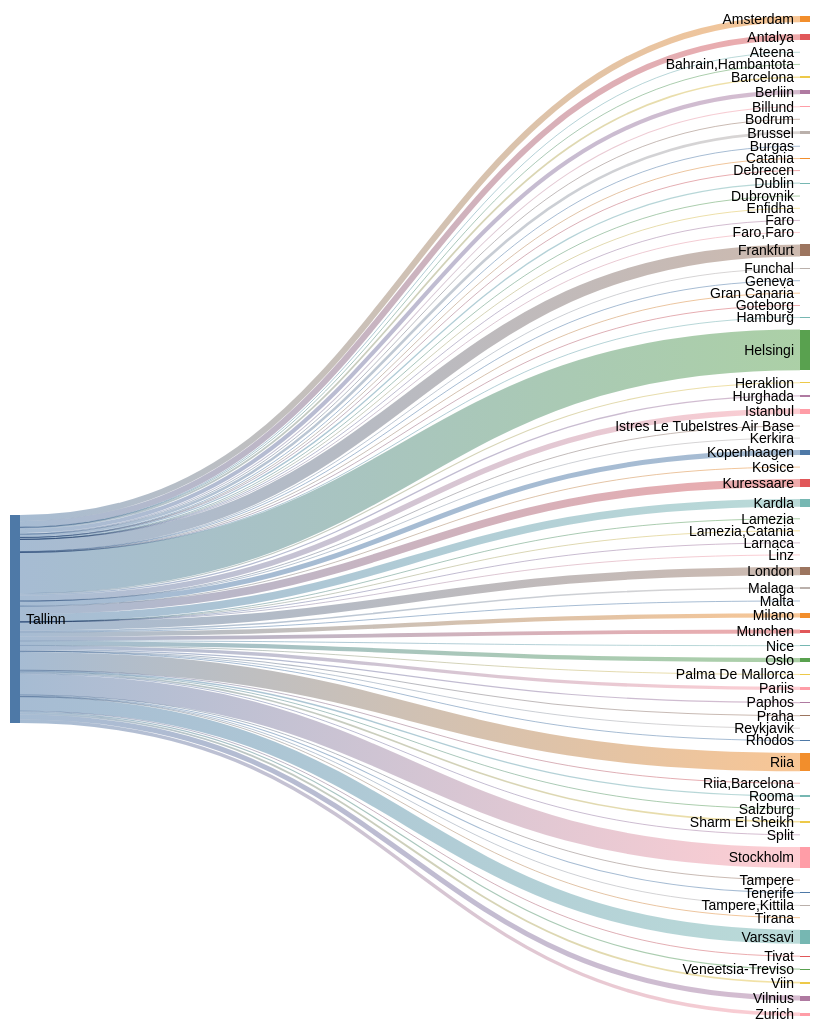
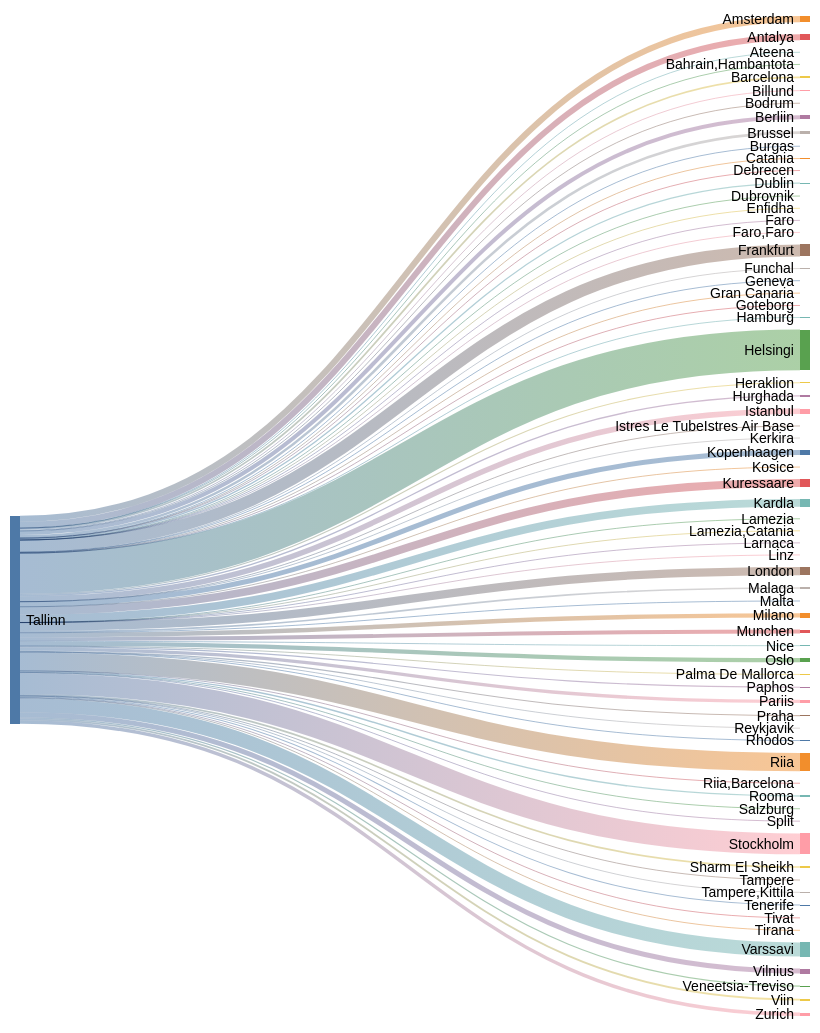
One commit to rainermesi/tll-airport-departures changed the second of 2 diagrams in README.md. Above: the diagram before and after it, drawn with Mermaid (forest theme). The commit also changed other lines of this file and 1 other file, not shown here.

````diff
--- a/README.md
+++ b/README.md
@@ -34,80 +34,80 @@
 ```mermaid
 ---
 config:
   sankey:
     showValues: false
     width: 800
     height: 1000
 ---
 sankey-beta
 %% source,target,value
-Tallinn,Amsterdam,349
-Tallinn,Antalya,339
+Tallinn,Amsterdam,351
+Tallinn,Antalya,341
 Tallinn,Ateena,16
 Tallinn,"Bahrain,Hambantota",1
 Tallinn,Barcelona,97
 Tallinn,Berliin,230
 Tallinn,Billund,57
 Tallinn,Bodrum,11
 Tallinn,Brussel,149
 Tallinn,Burgas,30
 Tallinn,Catania,2
 Tallinn,Debrecen,1
-Tallinn,Dublin,75
+Tallinn,Dublin,76
 Tallinn,Dubrovnik,21
 Tallinn,Enfidha,7
 Tallinn,Faro,4
 Tallinn,"Faro,Faro",1
-Tallinn,Frankfurt,687
+Tallinn,Frankfurt,689
 Tallinn,Funchal,5
 Tallinn,Geneva,13
 Tallinn,Gran Canaria,38
 Tallinn,Goteborg,1
 Tallinn,Hamburg,2
-Tallinn,Helsingi,2316
+Tallinn,Helsingi,2324
 Tallinn,Heraklion,62
 Tallinn,Hurghada,75
-Tallinn,Istanbul,309
+Tallinn,Istanbul,310
 Tallinn,Istres Le TubeIstres Air Base,2
 Tallinn,Kerkira,4
-Tallinn,Kopenhaagen,282
+Tallinn,Kopenhaagen,285
 Tallinn,Kosice,1
-Tallinn,Kuressaare,447
-Tallinn,Kardla,447
+Tallinn,Kuressaare,449
+Tallinn,Kardla,449
 Tallinn,Lamezia,1
 Tallinn,"Lamezia,Catania",3
 Tallinn,Larnaca,4
 Tallinn,Linz,2
-Tallinn,London,472
-Tallinn,Malaga,90
+Tallinn,London,474
+Tallinn,Malaga,91
 Tallinn,Malta,19
 Tallinn,Milano,253
-Tallinn,Munchen,217
+Tallinn,Munchen,218
 Tallinn,Nice,33
-Tallinn,Oslo,242
+Tallinn,Oslo,243
 Tallinn,Palma De Mallorca,23
 Tallinn,Paphos,66
-Tallinn,Pariis,190
+Tallinn,Pariis,191
 Tallinn,Praha,60
 Tallinn,Reykjavik,1
 Tallinn,Rhodos,40
-Tallinn,Riia,1043
+Tallinn,Riia,1048
 Tallinn,"Riia,Barcelona",1
 Tallinn,Rooma,80
 Tallinn,Salzburg,14
 Tallinn,Sharm El Sheikh,94
 Tallinn,Split,33
-Tallinn,Stockholm,1183
+Tallinn,Stockholm,1188
 Tallinn,Tampere,17
 Tallinn,"Tampere,Kittila",21
 Tallinn,Tenerife,58
 Tallinn,Tirana,13
-Tallinn,Tivat,37
-Tallinn,Varssavi,801
+Tallinn,Tivat,38
+Tallinn,Varssavi,804
 Tallinn,Veneetsia-Treviso,67
 Tallinn,Viin,106
-Tallinn,Vilnius,287
-Tallinn,Zurich,196
+Tallinn,Vilnius,289
+Tallinn,Zurich,197
 
 
 ```
````
